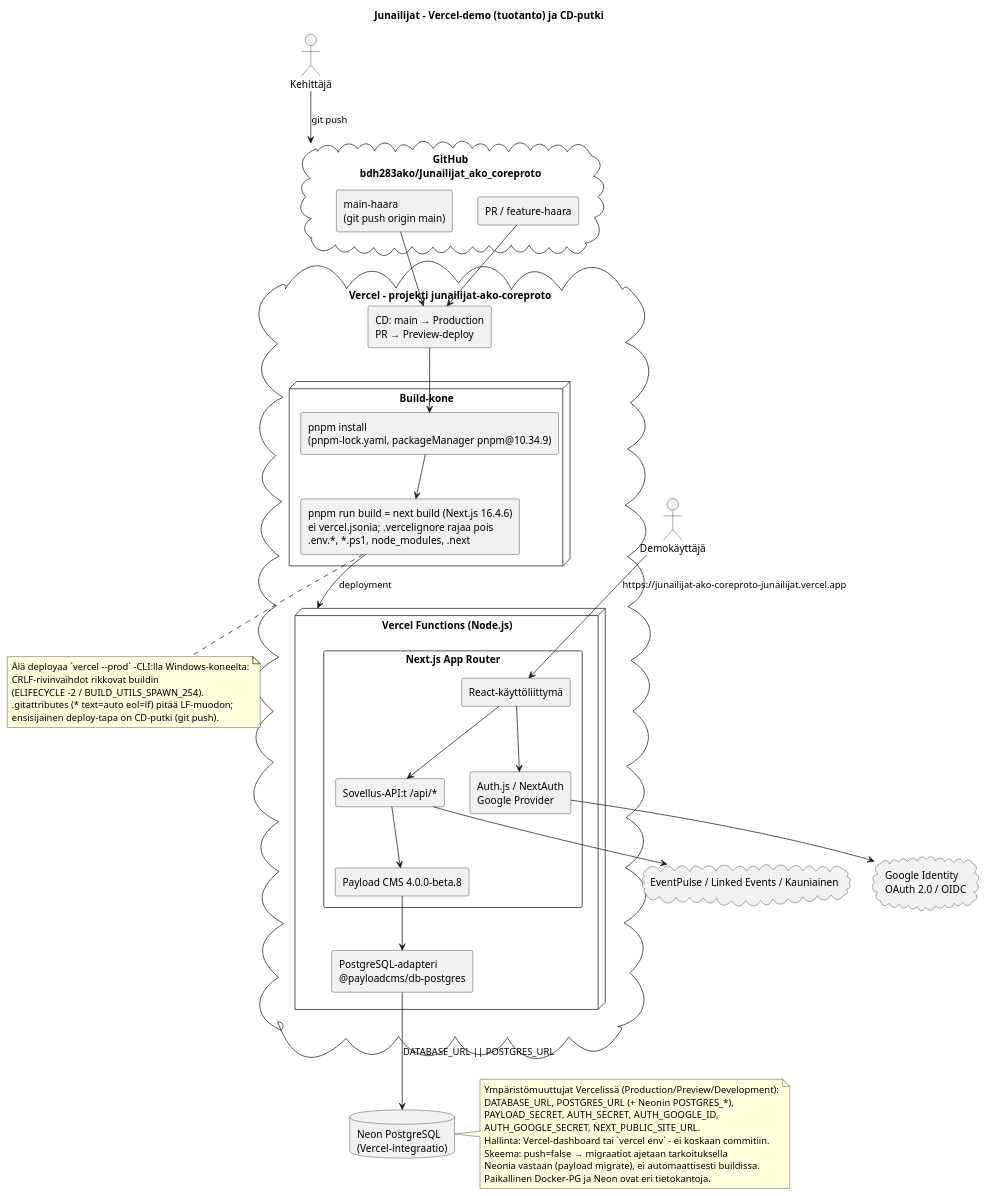
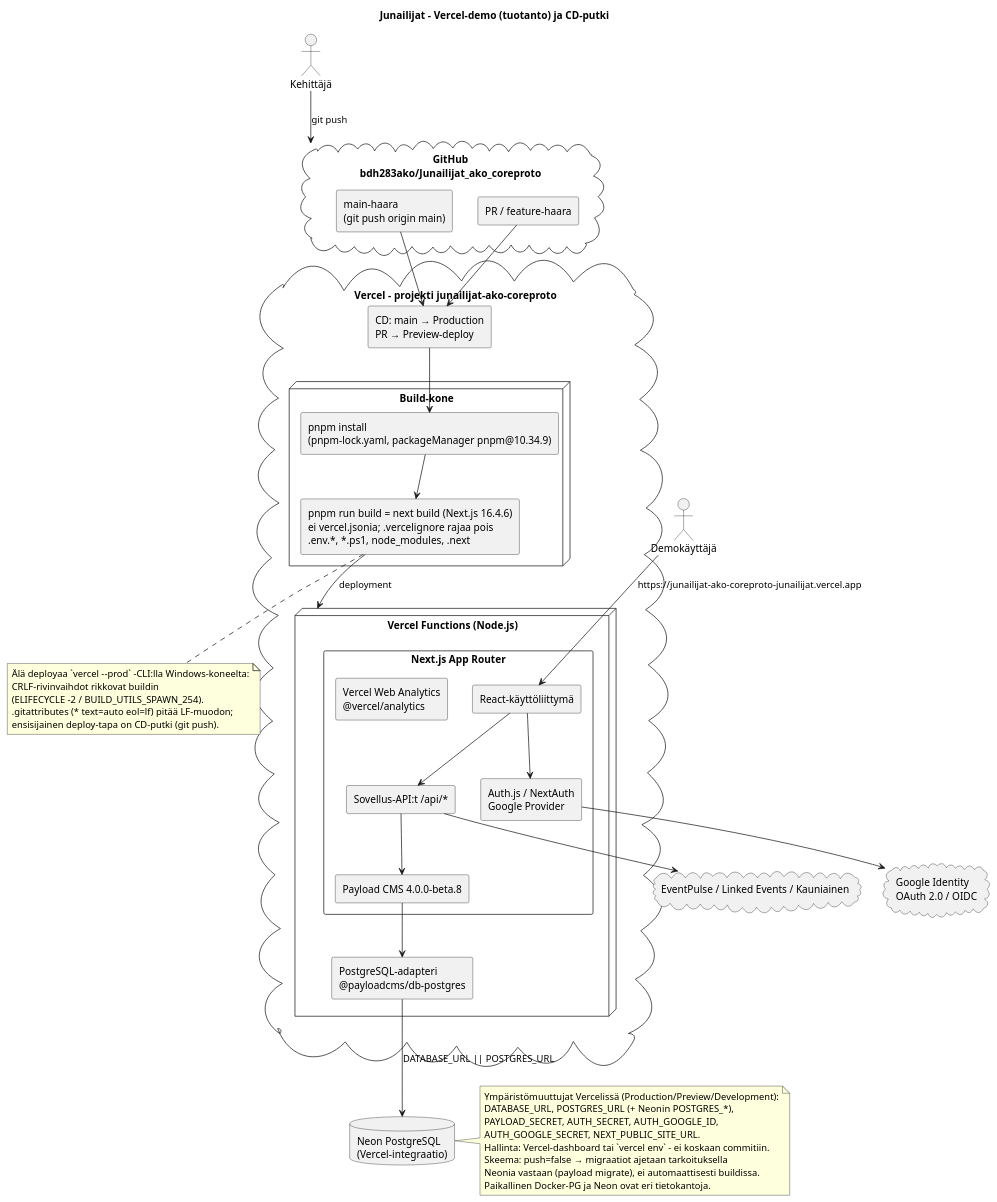
One commit to bdh283ako/Junailijat_ako_coreproto changed the diagram in docs/arkkitehtuuri_vercel.puml. Above: the diagram before and after it, drawn with PlantUML. The commit also changed 2 other files, not shown here.

Commit message:
chore(docs): document Vercel Web Analytics and sync architecture

```diff
--- a/docs/arkkitehtuuri_vercel.puml
+++ b/docs/arkkitehtuuri_vercel.puml
@@ -1,73 +1,74 @@
 @startuml
 skinparam componentStyle rectangle
 skinparam shadowing false
 skinparam defaultFontName "Segoe UI"
 skinparam packageStyle rectangle
 
 title Junailijat – Vercel-demo (tuotanto) ja CD-putki
 
 actor "Kehittäjä" as Developer
 actor "Demokäyttäjä" as DemoUser
 
 cloud "GitHub\nbdh283ako/Junailijat_ako_coreproto" as GitHub {
   component "main-haara\n(git push origin main)" as MainBranch
   component "PR / feature-haara" as PrBranch
 }
 
 cloud "Vercel – projekti junailijat-ako-coreproto" as Vercel {
   component "CD: main → Production\nPR → Preview-deploy" as CD
   node "Build-kone" as BuildMachine {
     component "pnpm install\n(pnpm-lock.yaml, packageManager pnpm@10.34.9)" as Install
     component "pnpm run build = next build (Next.js 16.4.6)\nei vercel.jsonia; .vercelignore rajaa pois\n.env.*, *.ps1, node_modules, .next" as Build
   }
   node "Vercel Functions (Node.js)" as Runtime {
     package "Next.js App Router" {
       [React-käyttöliittymä] as UI
       [Sovellus-API:t /api/*] as Routes
       [Auth.js / NextAuth\nGoogle Provider] as Auth
       [Payload CMS 4.0.0-beta.8] as Payload
+       [Vercel Web Analytics\n@vercel/analytics] as Analytics
     }
     component "PostgreSQL-adapteri\n@payloadcms/db-postgres" as DBAdapter
   }
 }
 
 database "Neon PostgreSQL\n(Vercel-integraatio)" as Neon
 
 cloud "Google Identity\nOAuth 2.0 / OIDC" as Google
 cloud "EventPulse / Linked Events / Kauniainen" as Feeds
 
 Developer --> GitHub : git push
 MainBranch --> CD
 PrBranch --> CD
 CD --> Install
 Install --> Build
 Build --> Runtime : deployment
 DemoUser --> UI : https://junailijat-ako-coreproto-junailijat.vercel.app
 UI --> Routes
 UI --> Auth
 Auth --> Google
 Routes --> Payload
 Payload --> DBAdapter
 DBAdapter --> Neon : DATABASE_URL || POSTGRES_URL
 Routes --> Feeds
 
 note right of Neon
   Ympäristömuuttujat Vercelissä (Production/Preview/Development):
   DATABASE_URL, POSTGRES_URL (+ Neonin POSTGRES_*),
   PAYLOAD_SECRET, AUTH_SECRET, AUTH_GOOGLE_ID,
   AUTH_GOOGLE_SECRET, NEXT_PUBLIC_SITE_URL.
   Hallinta: Vercel-dashboard tai `vercel env` – ei koskaan commitiin.
   Skeema: push=false → migraatiot ajetaan tarkoituksella
   Neonia vastaan (payload migrate), ei automaattisesti buildissa.
   Paikallinen Docker-PG ja Neon ovat eri tietokantoja.
 end note
 
 note bottom of Build
   Älä deployaa `vercel --prod` -CLI:lla Windows-koneelta:
   CRLF-rivinvaihdot rikkovat buildin
   (ELIFECYCLE -2 / BUILD_UTILS_SPAWN_254).
   .gitattributes (* text=auto eol=lf) pitää LF-muodon;
   ensisijainen deploy-tapa on CD-putki (git push).
 end note
 
 @enduml
```
